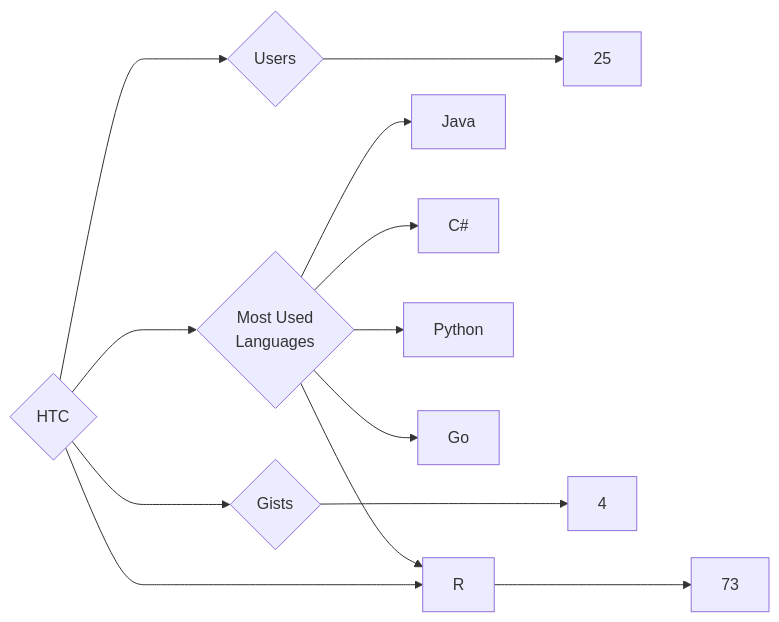
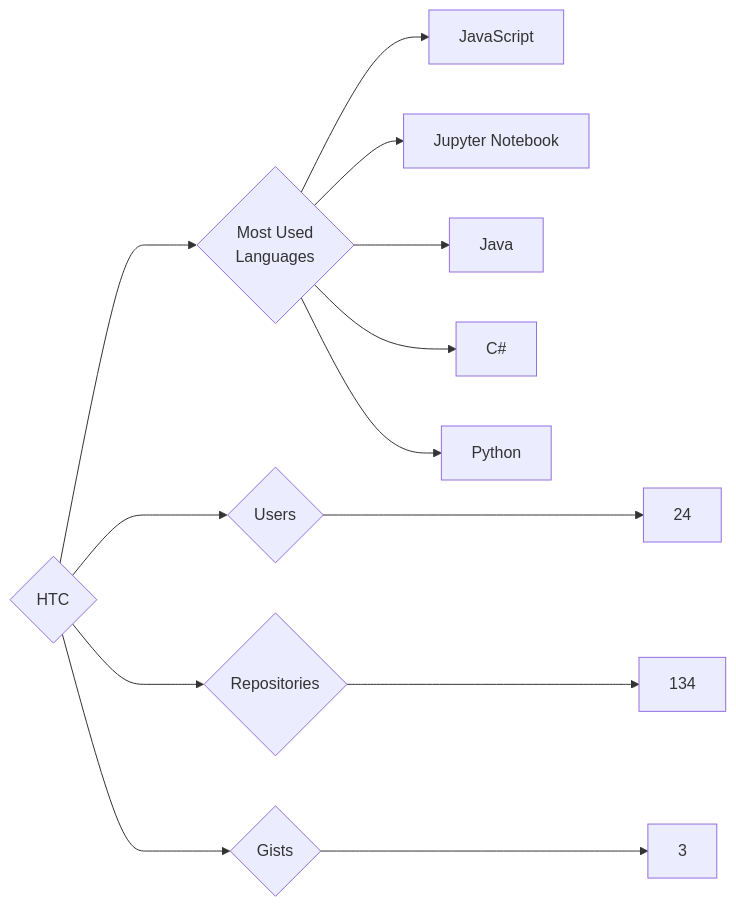
Before and after one commit to trickest/insiders: the diagram in targets/HTC/README.md, drawn with Mermaid. The commit also changed 752 other files, not shown here.

````diff
--- a/targets/HTC/README.md
+++ b/targets/HTC/README.md
@@ -3,13 +3,13 @@
 ```mermaid
 graph LR
 COMPANY_NAME{HTC}
-COMPANY_NAME ---> U{Users} ---> UN[25]
-COMPANY_NAME ---> R{Repositories} ---> RN[73]
-COMPANY_NAME ---> G{Gists} ---> GN[4]
+COMPANY_NAME ---> U{Users} ---> UN[24]
+COMPANY_NAME ---> R{Repositories} ---> RN[134]
+COMPANY_NAME ---> G{Gists} ---> GN[3]
 COMPANY_NAME ---> ML{Most Used<br>Languages}
+ML --> JavaScript[JavaScript]
+ML --> Jupyter_Notebook[Jupyter Notebook]
 ML --> Java[Java]
-ML --> R[R]
 ML --> C#[C#]
 ML --> Python[Python]
-ML --> Go[Go]
 ```
````
